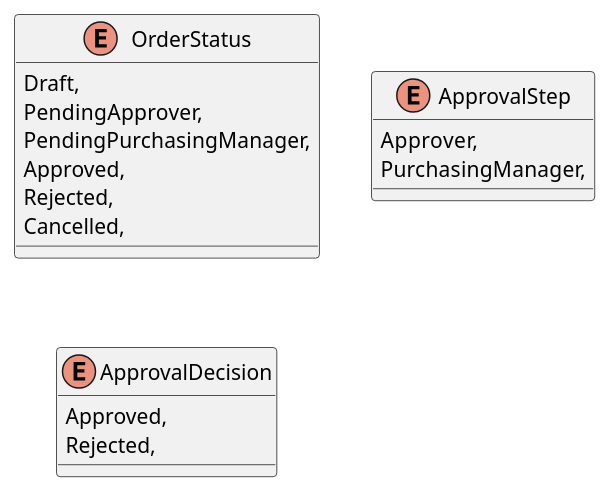
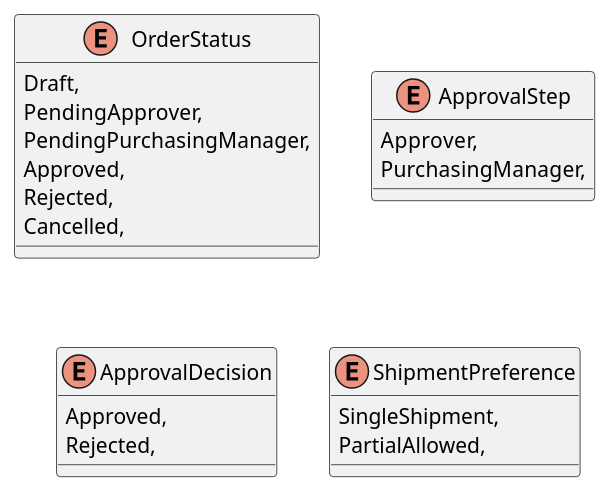
One commit to mrtozn1923/bookstore changed the diagram in docs/diagrams/generated/domain/OrderStatus.puml. Above: the diagram before and after it, drawn with PlantUML. The commit also changed 52 other files, not shown here.

Commit message:
uml-ve-modeling 18: Uçtan Uca Modelleme: Kurumsal Sipariş Modülünü Requirement'tan Çalışan Koda Taşımak

```diff
--- a/docs/diagrams/generated/domain/OrderStatus.puml
+++ b/docs/diagrams/generated/domain/OrderStatus.puml
@@ -1,18 +1,22 @@
 @startuml
 enum OrderStatus {
     Draft,
     PendingApprover,
     PendingPurchasingManager,
     Approved,
     Rejected,
     Cancelled,
 }
 enum ApprovalStep {
     Approver,
     PurchasingManager,
 }
 enum ApprovalDecision {
     Approved,
     Rejected,
 }
+enum ShipmentPreference {
+    SingleShipment,
+    PartialAllowed,
+}
 @enduml
```
